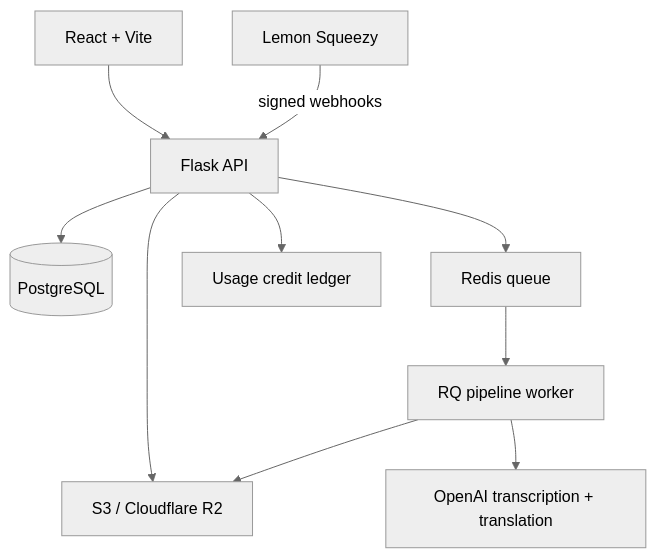
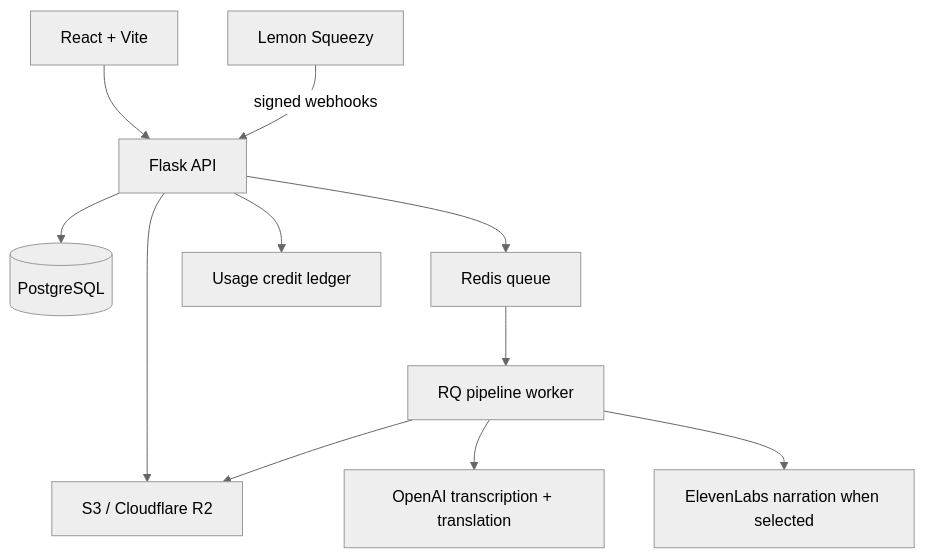
The second of 2 diagrams in README.md (Djordje3002/audiobook_pipeline), drawn with Mermaid (neutral theme) before and after one commit. The commit also changed other lines of this file and 16 other files, not shown here.

````diff
--- a/README.md
+++ b/README.md
@@ -80,12 +96,13 @@
 ```mermaid
 flowchart TB
     UI["React + Vite"] --> API["Flask API"]
     API --> DB[("PostgreSQL")]
     API --> STORE["S3 / Cloudflare R2"]
     API --> QUEUE["Redis queue"]
     QUEUE --> WORKER["RQ pipeline worker"]
     WORKER --> OPENAI["OpenAI transcription + translation"]
+    WORKER --> VOICE["ElevenLabs narration when selected"]
     WORKER --> STORE
     LEMON["Lemon Squeezy"] -->|"signed webhooks"| API
     API --> LEDGER["Usage credit ledger"]
 ```
````
